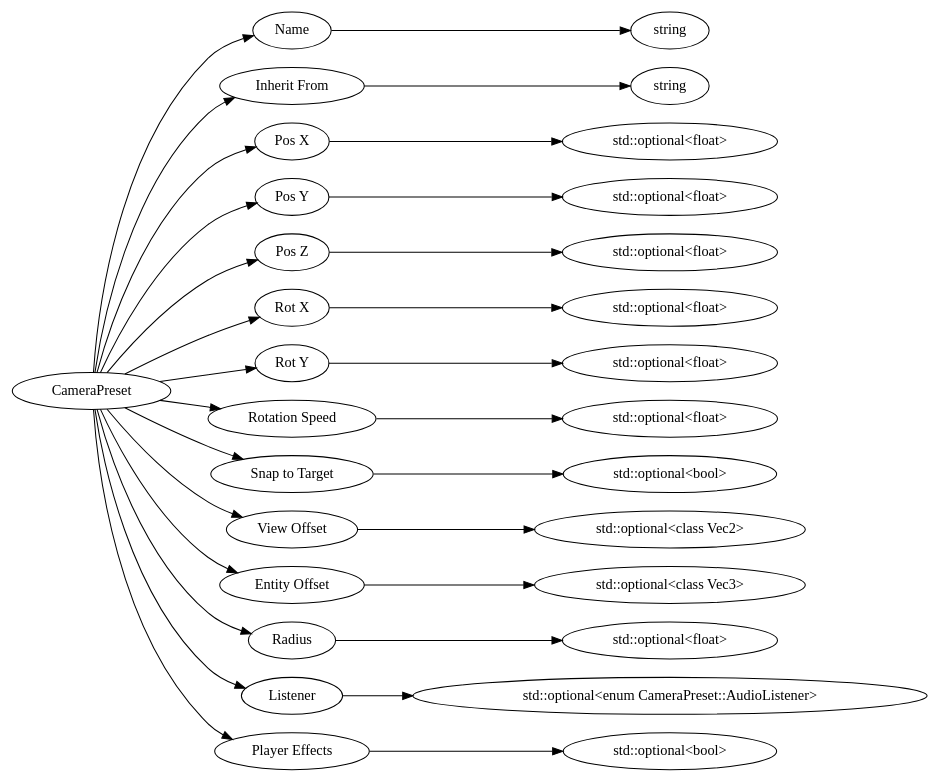
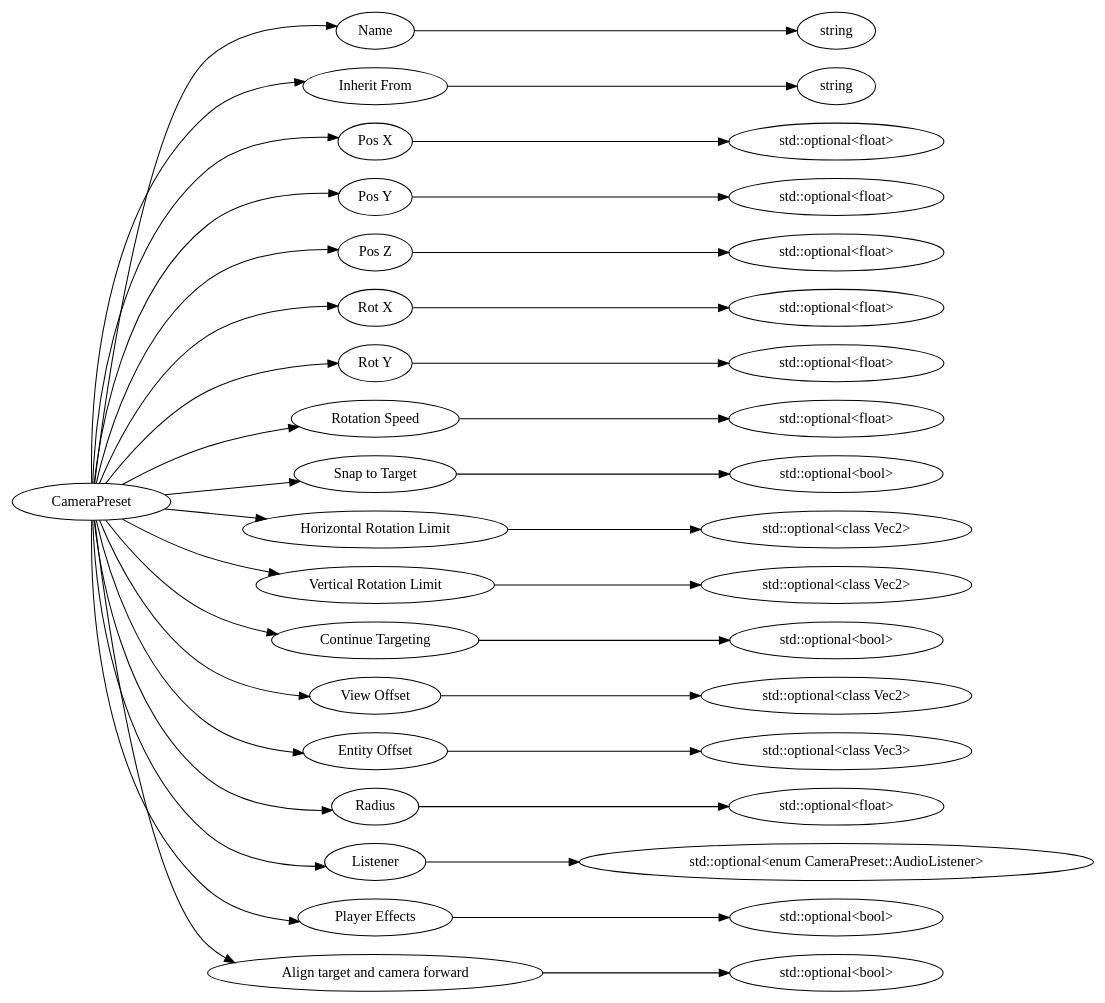
Before and after one commit to MiemieMethod/bedrock-docs-generator: the diagram in assets/protocols/dot/CameraPreset.dot, drawn with Graphviz. The commit also changed 286 other files, not shown here.

```diff
--- a/assets/protocols/dot/CameraPreset.dot
+++ b/assets/protocols/dot/CameraPreset.dot
@@ -1,64 +1,80 @@
 digraph "CameraPreset" {
 rankdir = LR
 8
 8 -> 9
 9 -> 10
 8 -> 11
 11 -> 12
 8 -> 13
 13 -> 17
 8 -> 18
 18 -> 19
 8 -> 20
 20 -> 21
 8 -> 22
 22 -> 23
 8 -> 24
 24 -> 25
 8 -> 26
 26 -> 27
 8 -> 28
 28 -> 32
 8 -> 33
 33 -> 37
 8 -> 38
-38 -> 42
-8 -> 43
-43 -> 44
-8 -> 45
-45 -> 49
-8 -> 50
-50 -> 51
+38 -> 39
+8 -> 40
+40 -> 41
+8 -> 42
+42 -> 43
+8 -> 44
+44 -> 48
+8 -> 49
+49 -> 50
+8 -> 51
+51 -> 55
+8 -> 56
+56 -> 57
+8 -> 58
+58 -> 59
 
 8 [label="CameraPreset",comment="name: \"CameraPreset\", typeName: \"\", id: 8, branchId: 0, recurseId: -1, attributes: 0, notes: \"\""];
 9 [label="Name",comment="name: \"Name\", typeName: \"\", id: 9, branchId: 0, recurseId: -1, attributes: 0, notes: \"\""];
 10 [label="string",comment="name: \"string\", typeName: \"\", id: 10, branchId: 0, recurseId: -1, attributes: 512, notes: \"\""];
 11 [label="Inherit From",comment="name: \"Inherit From\", typeName: \"\", id: 11, branchId: 0, recurseId: -1, attributes: 0, notes: \"\""];
 12 [label="string",comment="name: \"string\", typeName: \"\", id: 12, branchId: 0, recurseId: -1, attributes: 512, notes: \"\""];
 13 [label="Pos X",comment="name: \"Pos X\", typeName: \"std::optional<float>\", id: 13, branchId: 0, recurseId: -1, attributes: 256, notes: \"\""];
 17 [label="std::optional<float>",comment="name: \"std::optional<float>\", typeName: \"\", id: 17, branchId: 0, recurseId: -1, attributes: 512, notes: \"\""];
 18 [label="Pos Y",comment="name: \"Pos Y\", typeName: \"std::optional<float>\", id: 18, branchId: 0, recurseId: -1, attributes: 256, notes: \"\""];
 19 [label="std::optional<float>",comment="name: \"std::optional<float>\", typeName: \"\", id: 19, branchId: 0, recurseId: -1, attributes: 512, notes: \"\""];
 20 [label="Pos Z",comment="name: \"Pos Z\", typeName: \"std::optional<float>\", id: 20, branchId: 0, recurseId: -1, attributes: 256, notes: \"\""];
 21 [label="std::optional<float>",comment="name: \"std::optional<float>\", typeName: \"\", id: 21, branchId: 0, recurseId: -1, attributes: 512, notes: \"\""];
 22 [label="Rot X",comment="name: \"Rot X\", typeName: \"std::optional<float>\", id: 22, branchId: 0, recurseId: -1, attributes: 256, notes: \"\""];
 23 [label="std::optional<float>",comment="name: \"std::optional<float>\", typeName: \"\", id: 23, branchId: 0, recurseId: -1, attributes: 512, notes: \"\""];
 24 [label="Rot Y",comment="name: \"Rot Y\", typeName: \"std::optional<float>\", id: 24, branchId: 0, recurseId: -1, attributes: 256, notes: \"\""];
 25 [label="std::optional<float>",comment="name: \"std::optional<float>\", typeName: \"\", id: 25, branchId: 0, recurseId: -1, attributes: 512, notes: \"\""];
 26 [label="Rotation Speed",comment="name: \"Rotation Speed\", typeName: \"std::optional<float>\", id: 26, branchId: 0, recurseId: -1, attributes: 256, notes: \"\""];
 27 [label="std::optional<float>",comment="name: \"std::optional<float>\", typeName: \"\", id: 27, branchId: 0, recurseId: -1, attributes: 512, notes: \"\""];
 28 [label="Snap to Target",comment="name: \"Snap to Target\", typeName: \"std::optional<bool>\", id: 28, branchId: 0, recurseId: -1, attributes: 256, notes: \"\""];
 32 [label="std::optional<bool>",comment="name: \"std::optional<bool>\", typeName: \"\", id: 32, branchId: 0, recurseId: -1, attributes: 512, notes: \"\""];
-33 [label="View Offset",comment="name: \"View Offset\", typeName: \"std::optional<class Vec2>\", id: 33, branchId: 0, recurseId: -1, attributes: 256, notes: \"\""];
+33 [label="Horizontal Rotation Limit",comment="name: \"Horizontal Rotation Limit\", typeName: \"std::optional<class Vec2>\", id: 33, branchId: 0, recurseId: -1, attributes: 256, notes: \"\""];
 37 [label="std::optional<class Vec2>",comment="name: \"std::optional<class Vec2>\", typeName: \"\", id: 37, branchId: 0, recurseId: -1, attributes: 512, notes: \"\""];
-38 [label="Entity Offset",comment="name: \"Entity Offset\", typeName: \"std::optional<class Vec3>\", id: 38, branchId: 0, recurseId: -1, attributes: 256, notes: \"Changing the camera's pivot point from the center of the entity\""];
-42 [label="std::optional<class Vec3>",comment="name: \"std::optional<class Vec3>\", typeName: \"\", id: 42, branchId: 0, recurseId: -1, attributes: 512, notes: \"\""];
-43 [label="Radius",comment="name: \"Radius\", typeName: \"std::optional<float>\", id: 43, branchId: 0, recurseId: -1, attributes: 256, notes: \"\""];
-44 [label="std::optional<float>",comment="name: \"std::optional<float>\", typeName: \"\", id: 44, branchId: 0, recurseId: -1, attributes: 512, notes: \"\""];
-45 [label="Listener",comment="name: \"Listener\", typeName: \"std::optional<enum CameraPreset::AudioListener>\", id: 45, branchId: 0, recurseId: -1, attributes: 256, notes: \"\""];
-49 [label="std::optional<enum CameraPreset::AudioListener>",comment="name: \"std::optional<enum CameraPreset::AudioListener>\", typeName: \"\", id: 49, branchId: 0, recurseId: -1, attributes: 512, notes: \"\""];
-50 [label="Player Effects",comment="name: \"Player Effects\", typeName: \"std::optional<bool>\", id: 50, branchId: 0, recurseId: -1, attributes: 256, notes: \"\""];
-51 [label="std::optional<bool>",comment="name: \"std::optional<bool>\", typeName: \"\", id: 51, branchId: 0, recurseId: -1, attributes: 512, notes: \"\""];
-{ rank = max;10;12;17;19;21;23;25;27;32;37;42;44;49;51}
+38 [label="Vertical Rotation Limit",comment="name: \"Vertical Rotation Limit\", typeName: \"std::optional<class Vec2>\", id: 38, branchId: 0, recurseId: -1, attributes: 256, notes: \"\""];
+39 [label="std::optional<class Vec2>",comment="name: \"std::optional<class Vec2>\", typeName: \"\", id: 39, branchId: 0, recurseId: -1, attributes: 512, notes: \"\""];
+40 [label="Continue Targeting",comment="name: \"Continue Targeting\", typeName: \"std::optional<bool>\", id: 40, branchId: 0, recurseId: -1, attributes: 256, notes: \"\""];
+41 [label="std::optional<bool>",comment="name: \"std::optional<bool>\", typeName: \"\", id: 41, branchId: 0, recurseId: -1, attributes: 512, notes: \"\""];
+42 [label="View Offset",comment="name: \"View Offset\", typeName: \"std::optional<class Vec2>\", id: 42, branchId: 0, recurseId: -1, attributes: 256, notes: \"\""];
+43 [label="std::optional<class Vec2>",comment="name: \"std::optional<class Vec2>\", typeName: \"\", id: 43, branchId: 0, recurseId: -1, attributes: 512, notes: \"\""];
+44 [label="Entity Offset",comment="name: \"Entity Offset\", typeName: \"std::optional<class Vec3>\", id: 44, branchId: 0, recurseId: -1, attributes: 256, notes: \"Changing the camera's pivot point from the center of the entity\""];
+48 [label="std::optional<class Vec3>",comment="name: \"std::optional<class Vec3>\", typeName: \"\", id: 48, branchId: 0, recurseId: -1, attributes: 512, notes: \"\""];
+49 [label="Radius",comment="name: \"Radius\", typeName: \"std::optional<float>\", id: 49, branchId: 0, recurseId: -1, attributes: 256, notes: \"\""];
+50 [label="std::optional<float>",comment="name: \"std::optional<float>\", typeName: \"\", id: 50, branchId: 0, recurseId: -1, attributes: 512, notes: \"\""];
+51 [label="Listener",comment="name: \"Listener\", typeName: \"std::optional<enum CameraPreset::AudioListener>\", id: 51, branchId: 0, recurseId: -1, attributes: 256, notes: \"\""];
+55 [label="std::optional<enum CameraPreset::AudioListener>",comment="name: \"std::optional<enum CameraPreset::AudioListener>\", typeName: \"\", id: 55, branchId: 0, recurseId: -1, attributes: 512, notes: \"\""];
+56 [label="Player Effects",comment="name: \"Player Effects\", typeName: \"std::optional<bool>\", id: 56, branchId: 0, recurseId: -1, attributes: 256, notes: \"\""];
+57 [label="std::optional<bool>",comment="name: \"std::optional<bool>\", typeName: \"\", id: 57, branchId: 0, recurseId: -1, attributes: 512, notes: \"\""];
+58 [label="Align target and camera forward",comment="name: \"Align target and camera forward\", typeName: \"std::optional<bool>\", id: 58, branchId: 0, recurseId: -1, attributes: 256, notes: \"\""];
+59 [label="std::optional<bool>",comment="name: \"std::optional<bool>\", typeName: \"\", id: 59, branchId: 0, recurseId: -1, attributes: 512, notes: \"\""];
+{ rank = max;10;12;17;19;21;23;25;27;32;37;39;41;43;48;50;55;57;59}
 
 }
```
